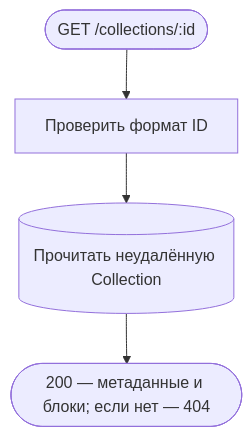
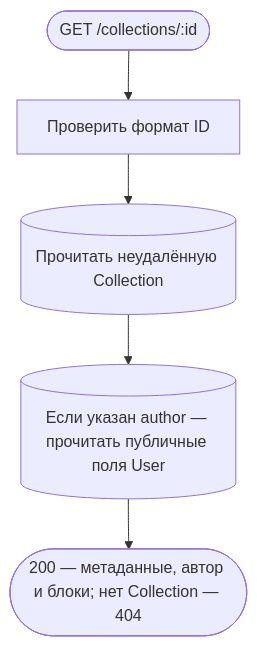
One commit to AmyGrooove/f95-tinder changed the first of 8 diagrams in apps/api/public/docs/api/requestFlows/collections.md. Above: the diagram before and after it, drawn with Mermaid. The commit also changed other lines of this file and 36 other files, not shown here.

````diff
--- a/apps/api/public/docs/api/requestFlows/collections.md
+++ b/apps/api/public/docs/api/requestFlows/collections.md
@@ -15,8 +15,9 @@
 ```mermaid
 flowchart TD
     accTitle: Открытие подборки
     accDescr: Проверить ID и прочитать неудалённую Collection, вернуть метаданные и блоки или 404
     A(["GET /collections/:id"]):::http --> B["Проверить формат ID"]:::action
     B --> C[("Прочитать неудалённую Collection")]:::data
-    C --> D(["200 — метаданные и блоки; если нет — 404"]):::http
+    C --> U[("Если указан author — прочитать публичные поля User")]:::data
+    U --> D(["200 — метаданные, автор и блоки; нет Collection — 404"]):::http
 ```
````
